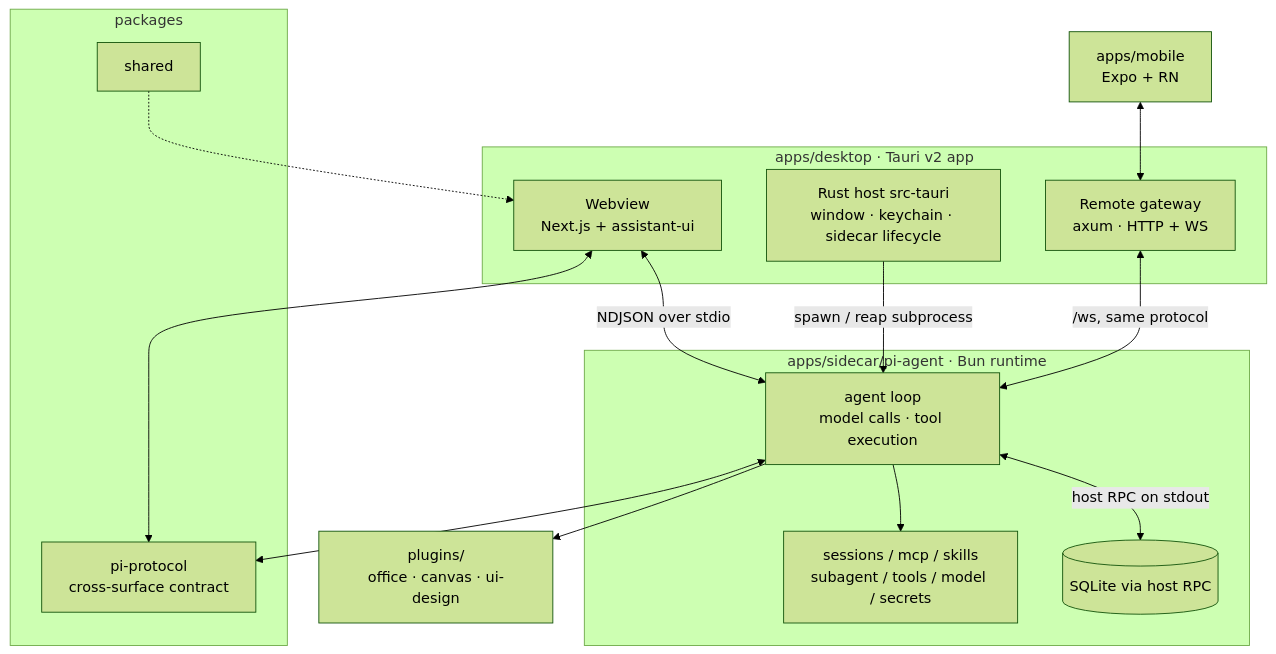
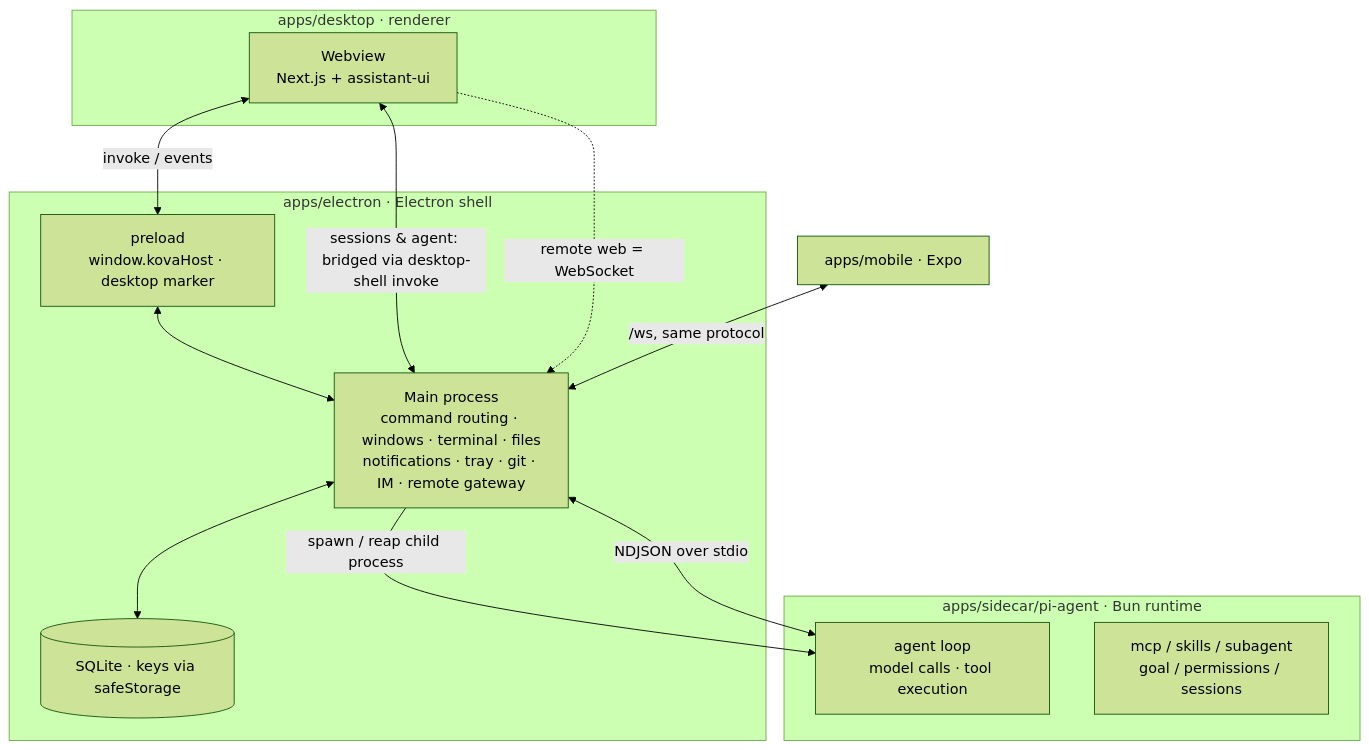
One commit to xqb0407/kova-docs changed the diagram in en/developers/architecture.mdx. Above: the diagram before and after it, drawn with Mermaid (forest theme). The commit also changed other lines of this file and 40 other files, not shown here.

````diff
--- a/en/developers/architecture.mdx
+++ b/en/developers/architecture.mdx
@@ -11,29 +12,25 @@
 ```mermaid
 graph TD
-  subgraph desktop["apps/desktop · Tauri v2 app"]
+  subgraph electron["apps/electron · Electron shell"]
+    M[Main process<br/>command routing · windows · terminal · files<br/>notifications · tray · git · IM · remote gateway]
+    PRE[preload<br/>window.kovaHost · desktop marker]
+    DB[(SQLite · keys via safeStorage)]
+  end
+  subgraph renderer["apps/desktop · renderer"]
     W[Webview<br/>Next.js + assistant-ui]
-    H[Rust host src-tauri<br/>window · keychain · sidecar lifecycle]
-    G[Remote gateway<br/>axum · HTTP + WS]
   end
   subgraph sidecar["apps/sidecar/pi-agent · Bun runtime"]
     AG[agent loop<br/>model calls · tool execution]
-    D[sessions / mcp / skills<br/>subagent / tools / model / secrets]
-    ST[(SQLite via host RPC)]
+    D[mcp / skills / subagent<br/>goal / permissions / sessions]
   end
-  subgraph shared["packages"]
-    P[pi-protocol<br/>cross-surface contract]
-    SH[shared]
-  end
-  PL[plugins/<br/>office · canvas · ui-design]
+  MO[apps/mobile · Expo]
 
-  W <-->|NDJSON over stdio| AG
-  H -->|spawn / reap subprocess| AG
-  AG <-->|host RPC on stdout| ST
-  AG --> D
-  G <-->|/ws, same protocol| AG
-  M[apps/mobile<br/>Expo + RN] <--> G
-  W <--> P
-  AG <--> P
-  AG --> PL
-  SH -.-> W
+  W <-->|invoke / events| PRE
+  PRE <--> M
+  M <--> DB
+  M -->|spawn / reap child process| AG
+  W <-->|sessions & agent: bridged via desktop-shell invoke| M
+  W -.->|remote web = WebSocket| M
+  M <-->|NDJSON over stdio| AG
+  MO <-->|/ws, same protocol| M
 ```
````
